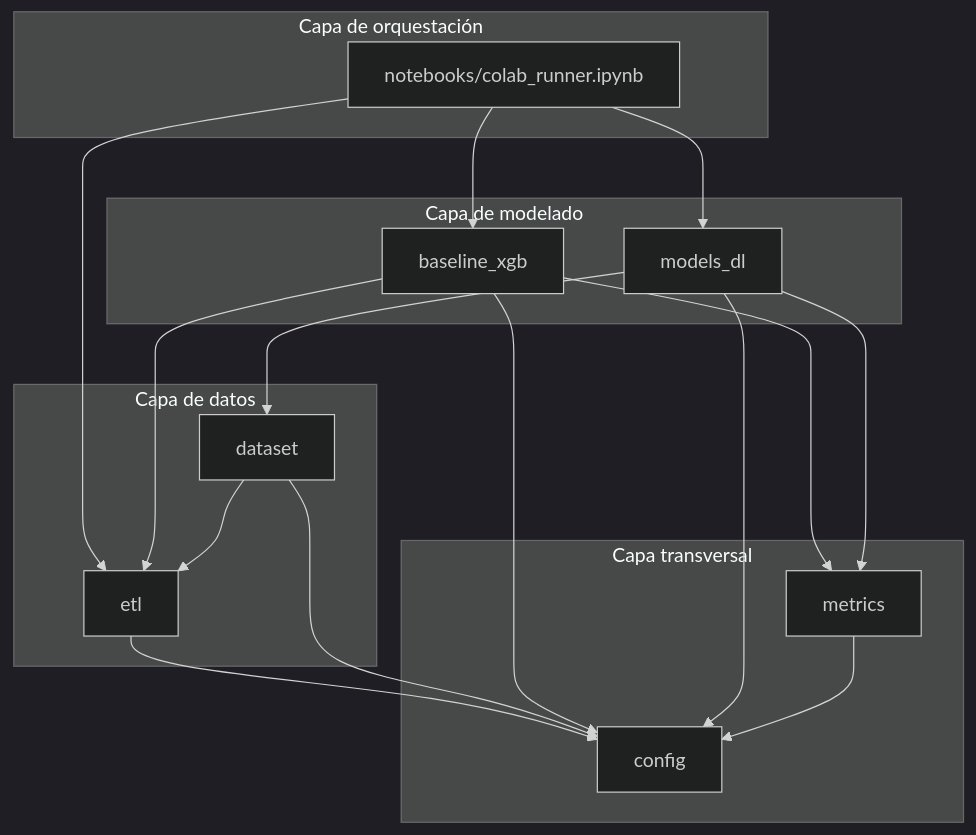
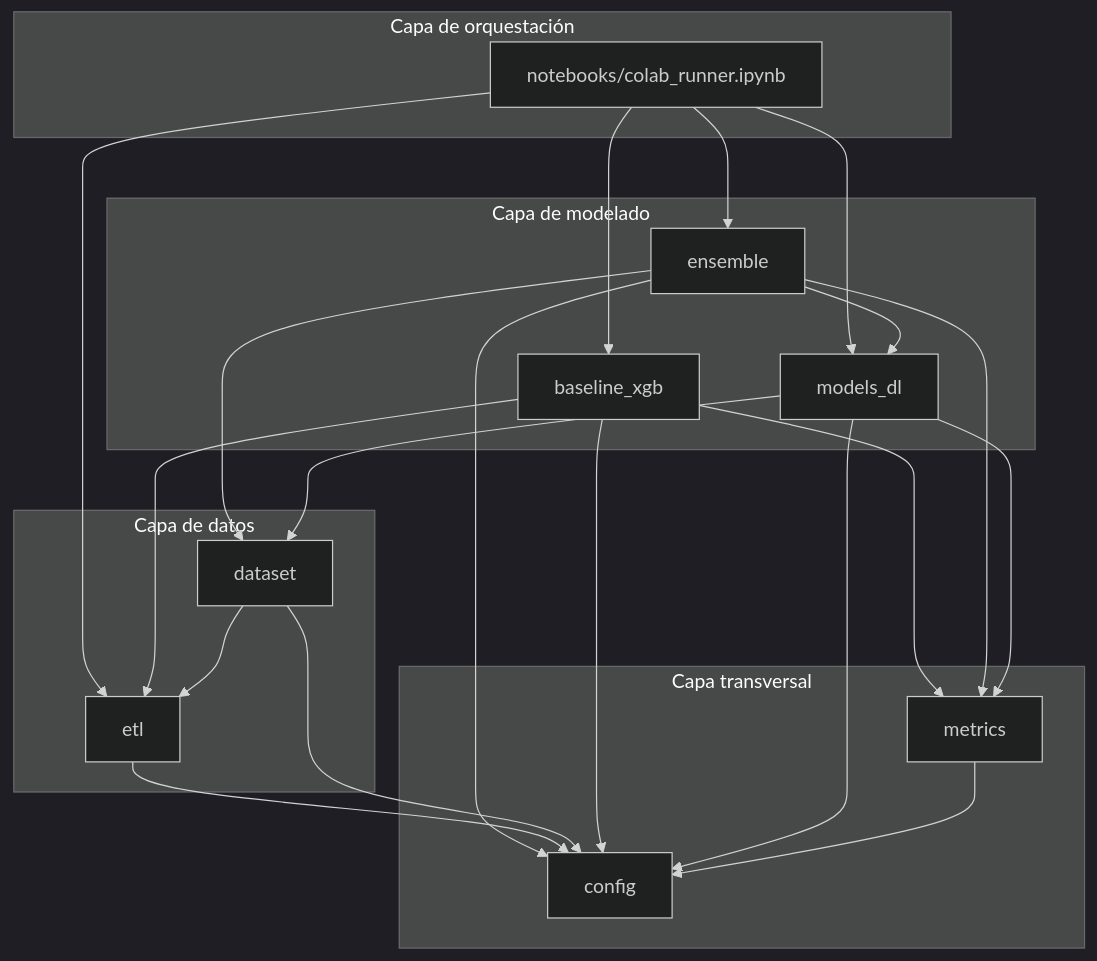
Before and after one commit to facupeletay/nasa-turbofan-rul: the diagram in docs/03_logical_architecture.md, drawn with Mermaid (dark theme). The commit also changed other lines of this file and 4 other files, not shown here.

````diff
--- a/docs/03_logical_architecture.md
+++ b/docs/03_logical_architecture.md
@@ -11,32 +11,38 @@
 ```mermaid
 flowchart TB
     subgraph ORQ["Capa de orquestación"]
         NB["notebooks/colab_runner.ipynb"]
     end
     subgraph MOD["Capa de modelado"]
         XGB["baseline_xgb"]
         DL["models_dl"]
+        ENS["ensemble"]
     end
     subgraph DAT["Capa de datos"]
         ETL["etl"]
         DS["dataset"]
     end
     subgraph TRANS["Capa transversal"]
         CFG["config"]
         MET["metrics"]
     end
 
     NB --> ETL
     NB --> XGB
     NB --> DL
+    NB --> ENS
     XGB --> ETL
     XGB --> MET
+    ENS --> DL
+    ENS --> DS
+    ENS --> MET
+    ENS --> CFG
     DL --> DS
     DL --> MET
     ETL --> CFG
     DS --> ETL
     DS --> CFG
     XGB --> CFG
     DL --> CFG
     MET --> CFG
 ```
````
